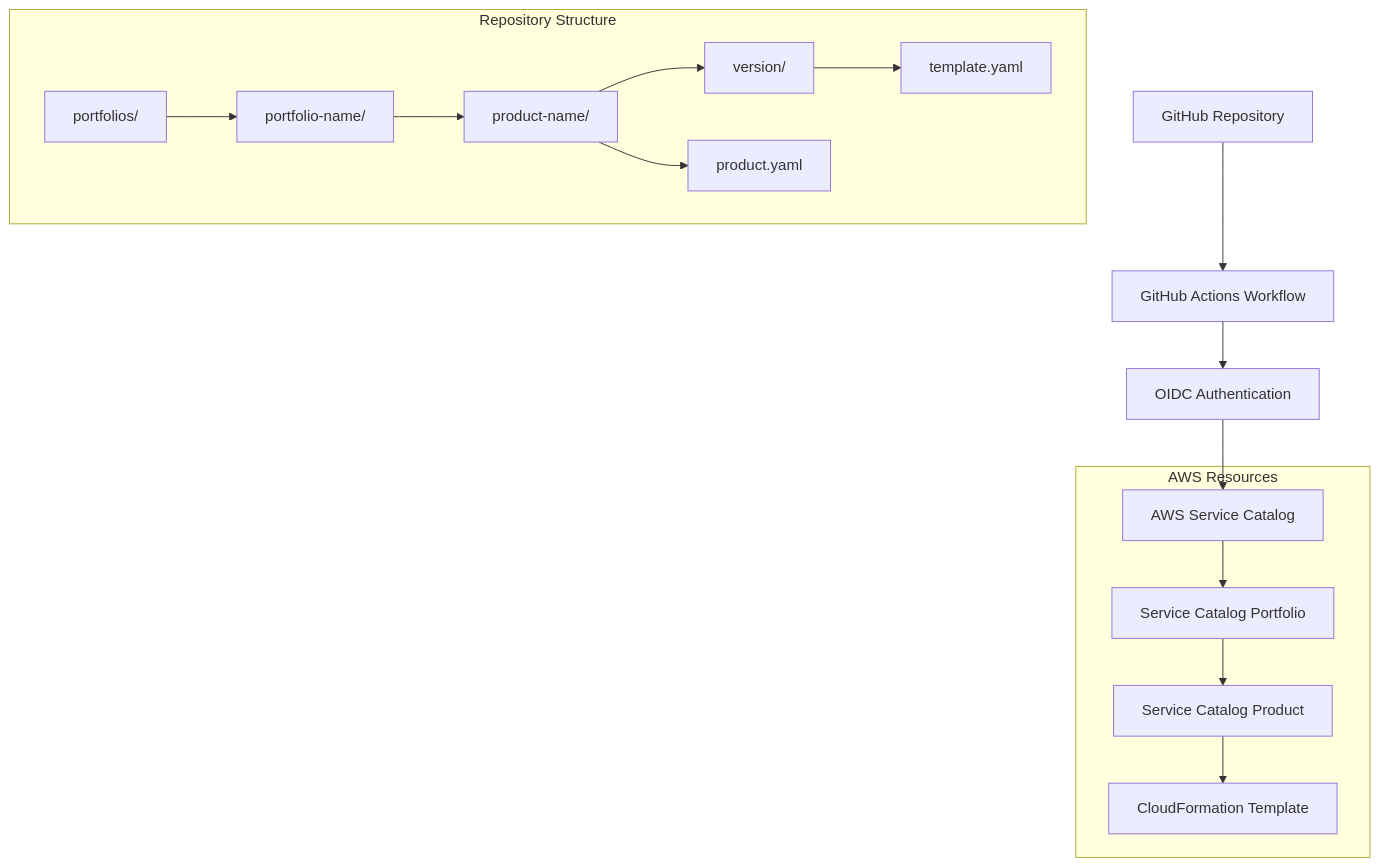
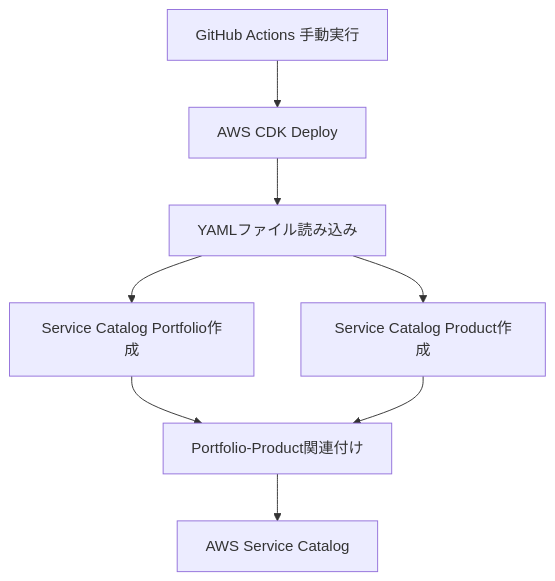
Before and after one commit to TakuyaSuenaga/kiro-service-catalog-factory: the diagram in .kiro/specs/aws-service-catalog-automation/design.md, drawn with Mermaid. The commit also changed other lines of this file and 30 other files, not shown here.

````diff
--- a/.kiro/specs/aws-service-catalog-automation/design.md
+++ b/.kiro/specs/aws-service-catalog-automation/design.md
@@ -11,31 +11,10 @@
 ```mermaid
-flowchart TB
-    A[GitHub Repository] --> B[GitHub Actions Workflow]
-    B --> C[OIDC Authentication]
-    C --> D[AWS Service Catalog]
-    
-    subgraph RS["Repository Structure"]
-        E[portfolios/]
-        F[portfolio-name/]
-        G[product-name/]
-        H[version/]
-        I[template.yaml]
-        J[product.yaml]
-        
-        E --> F
-        F --> G
-        G --> H
-        H --> I
-        G --> J
-    end
-    
-    subgraph AR["AWS Resources"]
-        K[Service Catalog Portfolio]
-        L[Service Catalog Product]
-        M[CloudFormation Template]
-        
-        D --> K
-        K --> L
-        L --> M
-    end
+graph TD
+    A[GitHub Actions 手動実行] --> B[AWS CDK Deploy]
+    B --> C[YAMLファイル読み込み]
+    C --> D[Service Catalog Portfolio作成]
+    C --> E[Service Catalog Product作成]
+    D --> F[Portfolio-Product関連付け]
+    E --> F
+    F --> G[AWS Service Catalog]
 ```
````
